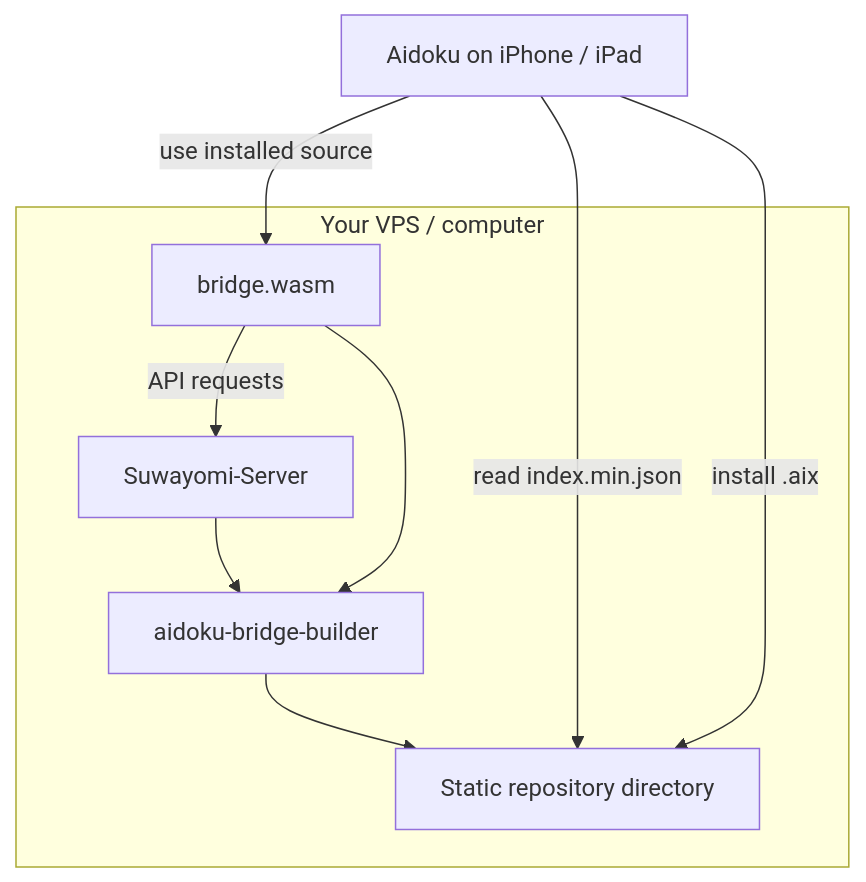
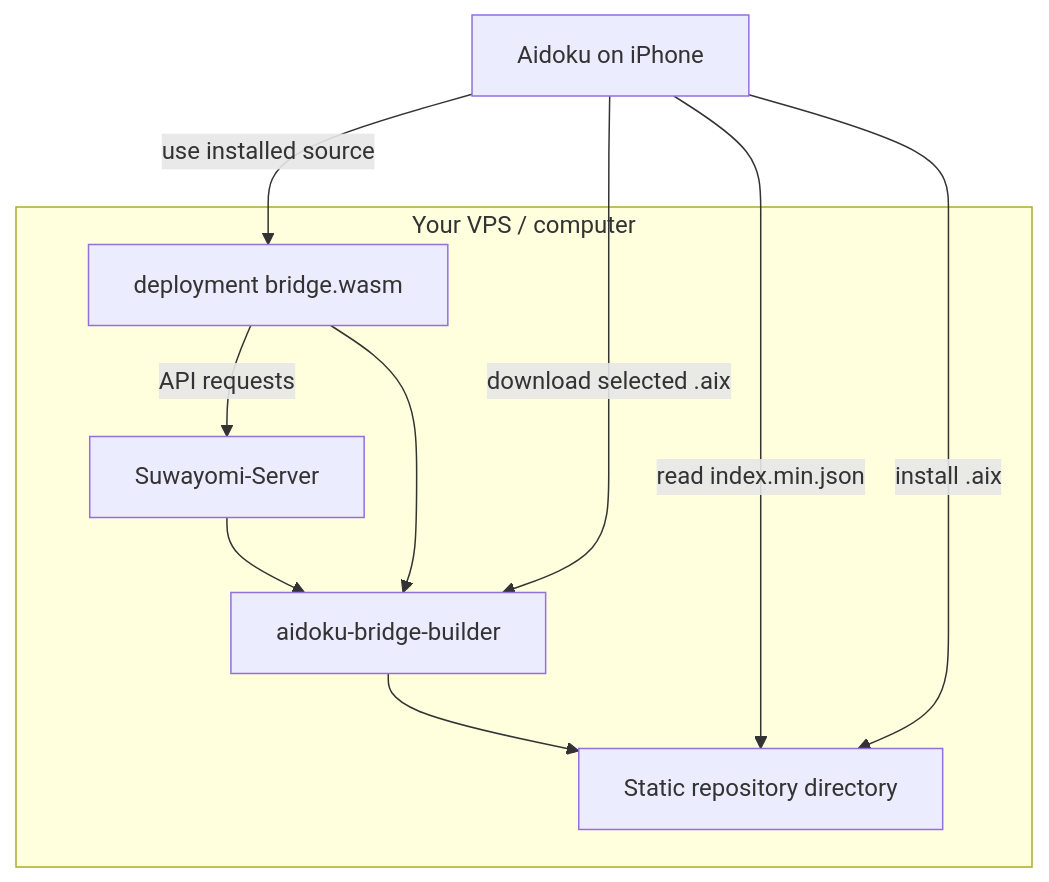
Before and after one commit to TaisenDev/aidoku-bridge-builder: the second of 2 diagrams in README.md, drawn with Mermaid. The commit also changed other lines of this file and 19 other files, not shown here.

Commit message:
Add deployment-configured Aidoku bridge gateway

````diff
--- a/README.md
+++ b/README.md
@@ -280,17 +293,18 @@
 ```mermaid
 flowchart TB
     subgraph VPS[Your VPS / computer]
         S[Suwayomi-Server]
         B[aidoku-bridge-builder]
-        W[bridge.wasm]
+        W[deployment bridge.wasm]
         R[Static repository directory]
         S --> B
         W --> B
         B --> R
     end
 
-    C[Aidoku on iPhone / iPad] -->|read index.min.json| R
-    C -->|install .aix| R
+    C[Aidoku on iPhone] -->|read index.min.json| R
+    C -->|download selected .aix| B
+    C[Aidoku on iPhone] -->|install .aix| R
     C -->|use installed source| W
     W -->|API requests| S
 ```
````
